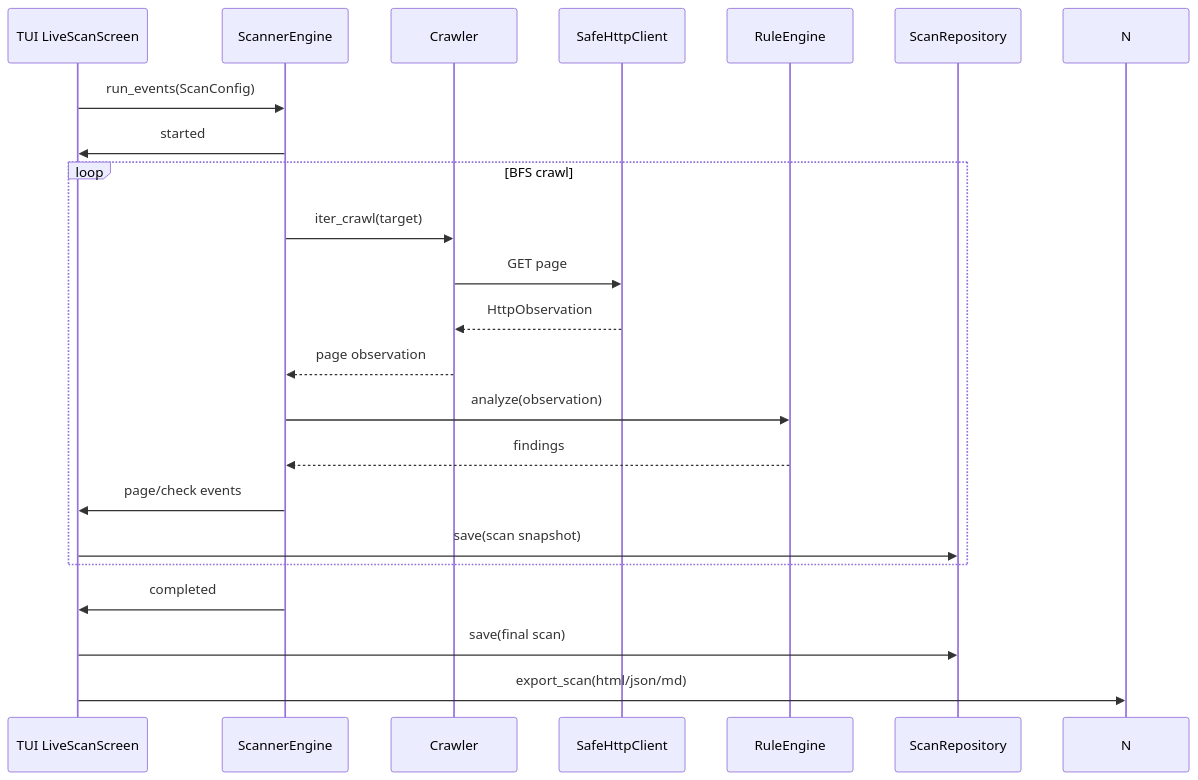
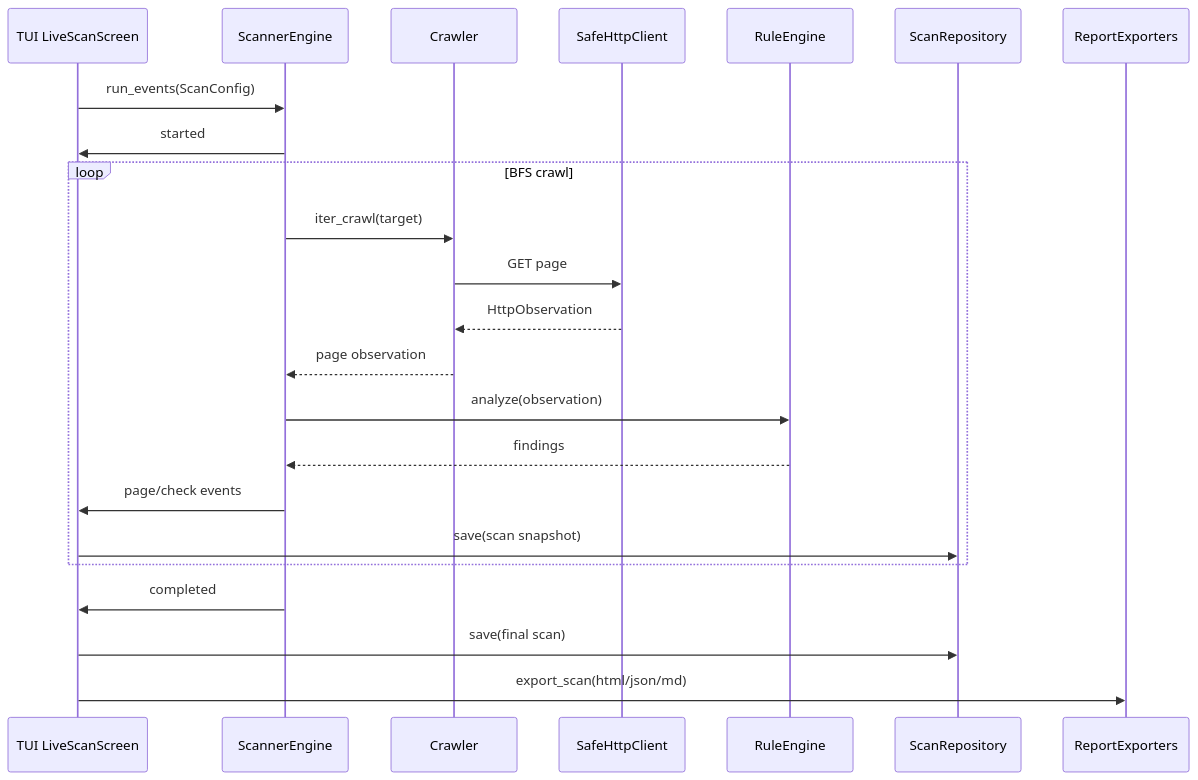
Before and after one commit to monikon22/vulnscope: the second of 3 diagrams in docs/en/architecture.md, drawn with Mermaid. The commit also changed 1 other file, not shown here.

Commit message:
docs: correct participant reference for report exporters in sequence diagram

````diff
--- a/docs/en/architecture.md
+++ b/docs/en/architecture.md
@@ -32,25 +32,26 @@
 ```mermaid
 sequenceDiagram
 	participant UI as TUI LiveScanScreen
 	participant SE as ScannerEngine
 	participant CR as Crawler
 	participant HTTP as SafeHttpClient
 	participant RE as RuleEngine
 	participant DB as ScanRepository
+	participant EX as ReportExporters
 
 	UI->>SE: run_events(ScanConfig)
 	SE->>UI: started
 	loop BFS crawl
 		SE->>CR: iter_crawl(target)
 		CR->>HTTP: GET page
 		HTTP-->>CR: HttpObservation
 		CR-->>SE: page observation
 		SE->>RE: analyze(observation)
 		RE-->>SE: findings
 		SE->>UI: page/check events
 		UI->>DB: save(scan snapshot)
 	end
 	SE->>UI: completed
 	UI->>DB: save(final scan)
-	UI->>N: export_scan(html/json/md)
+	UI->>EX: export_scan(html/json/md)
 ```
````
